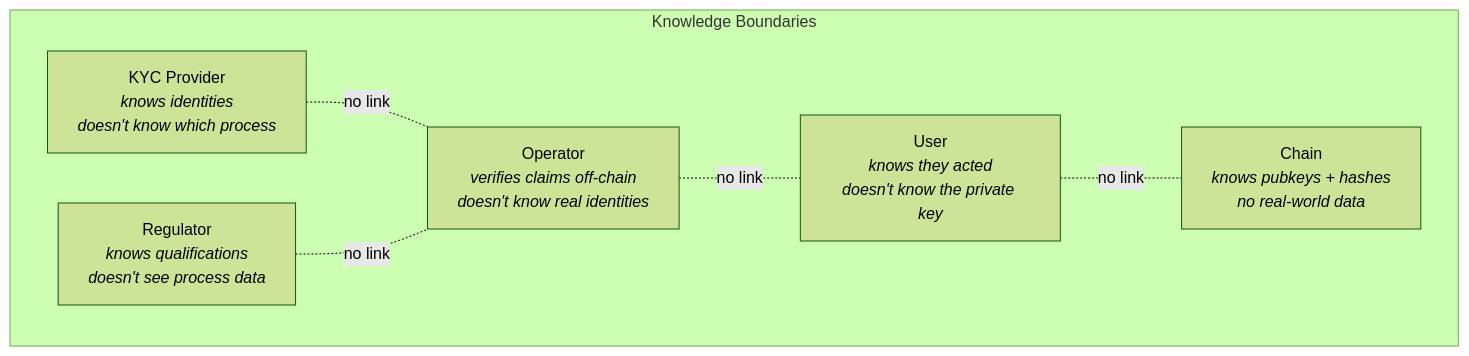
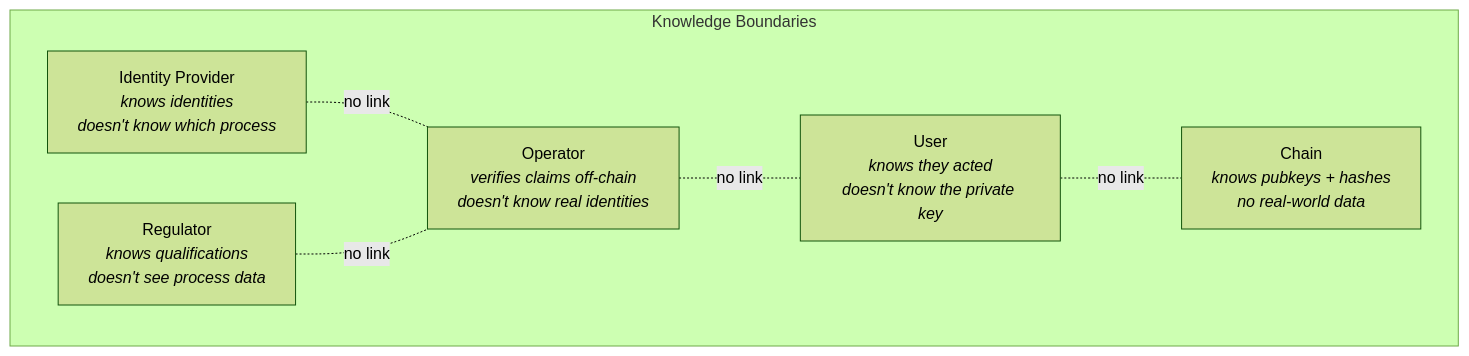
One commit to lambdasistemi/cardano-for-regulators changed diagram 18 of 19 in docs/framework/schema.md. Above: the diagram before and after it, drawn with Mermaid (forest theme). The commit also changed other lines of this file and 1 other file, not shown here.

Commit message:
rename KYC provider to identity provider throughout

````diff
--- a/docs/framework/schema.md
+++ b/docs/framework/schema.md
@@ -670,15 +670,15 @@
 ```mermaid
 graph TD
     subgraph Knowledge Boundaries
         OP[Operator<br/><i>verifies claims off-chain<br/>doesn't know real identities</i>]
         U[User<br/><i>knows they acted<br/>doesn't know the private key</i>]
         CH[Chain<br/><i>knows pubkeys + hashes<br/>no real-world data</i>]
-        KP[KYC Provider<br/><i>knows identities<br/>doesn't know which process</i>]
+        KP[Identity Provider<br/><i>knows identities<br/>doesn't know which process</i>]
         RG[Regulator<br/><i>knows qualifications<br/>doesn't see process data</i>]
     end
 
     OP -.-|no link| U
     U -.-|no link| CH
     KP -.-|no link| OP
     RG -.-|no link| OP
 ```
````
